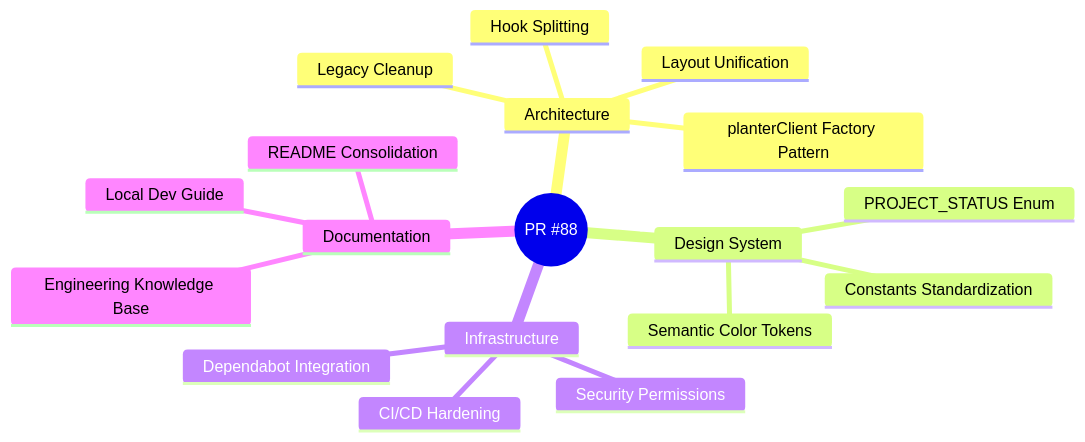
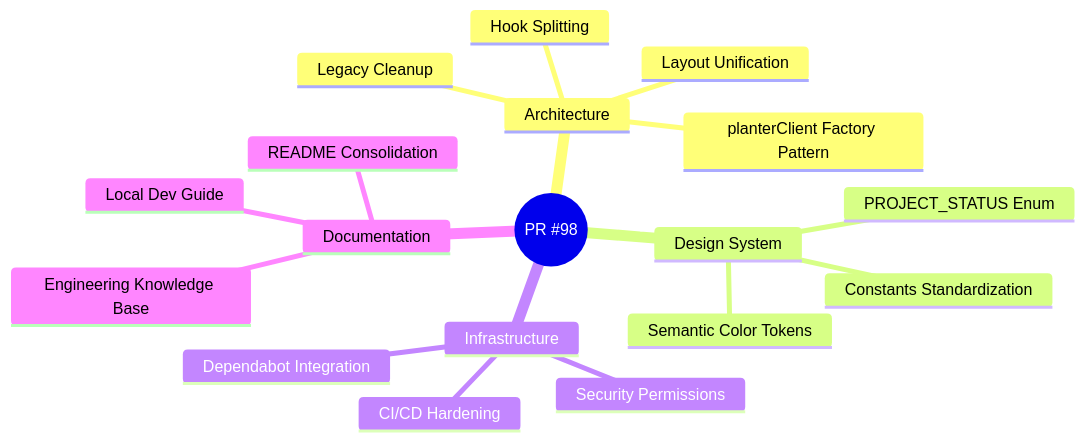
One commit to JoelA510/PlanterPlan-Alpha changed the first of 5 diagrams in docs/git_documentation/PR_DESCRIPTION_DRAFT.md. Above: the diagram before and after it, drawn with Mermaid. The commit also changed other lines of this file and 23 other files, not shown here.

````diff
--- a/docs/git_documentation/PR_DESCRIPTION_DRAFT.md
+++ b/docs/git_documentation/PR_DESCRIPTION_DRAFT.md
@@ -13,21 +13,21 @@
 ```mermaid
 mindmap
-  root((PR #88))
+  root((PR #98))
     Architecture
       planterClient Factory Pattern
       Hook Splitting
       Layout Unification
       Legacy Cleanup
     Design System
       Constants Standardization
       Semantic Color Tokens
       PROJECT_STATUS Enum
     Infrastructure
       CI/CD Hardening
       Dependabot Integration
       Security Permissions
     Documentation
       README Consolidation
       Engineering Knowledge Base
       Local Dev Guide
 ```
````
